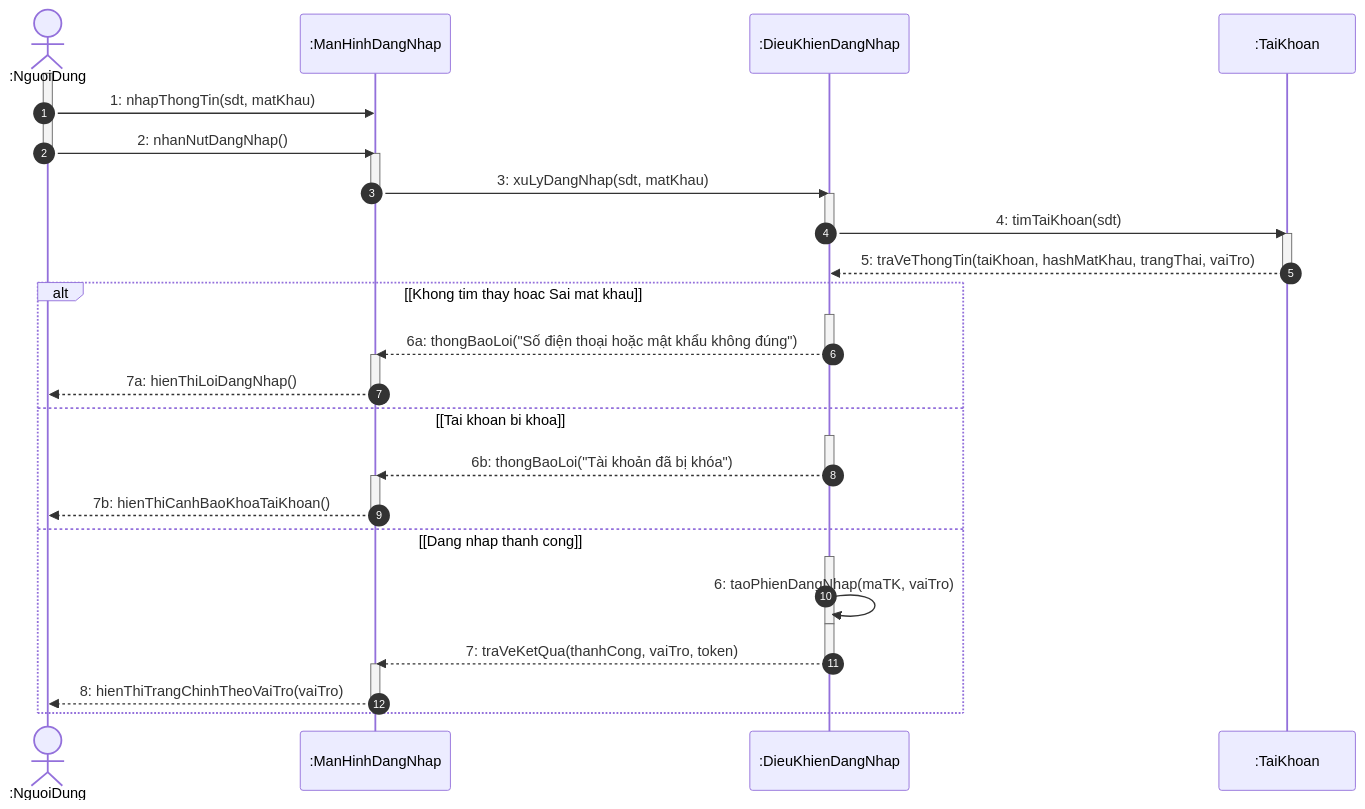
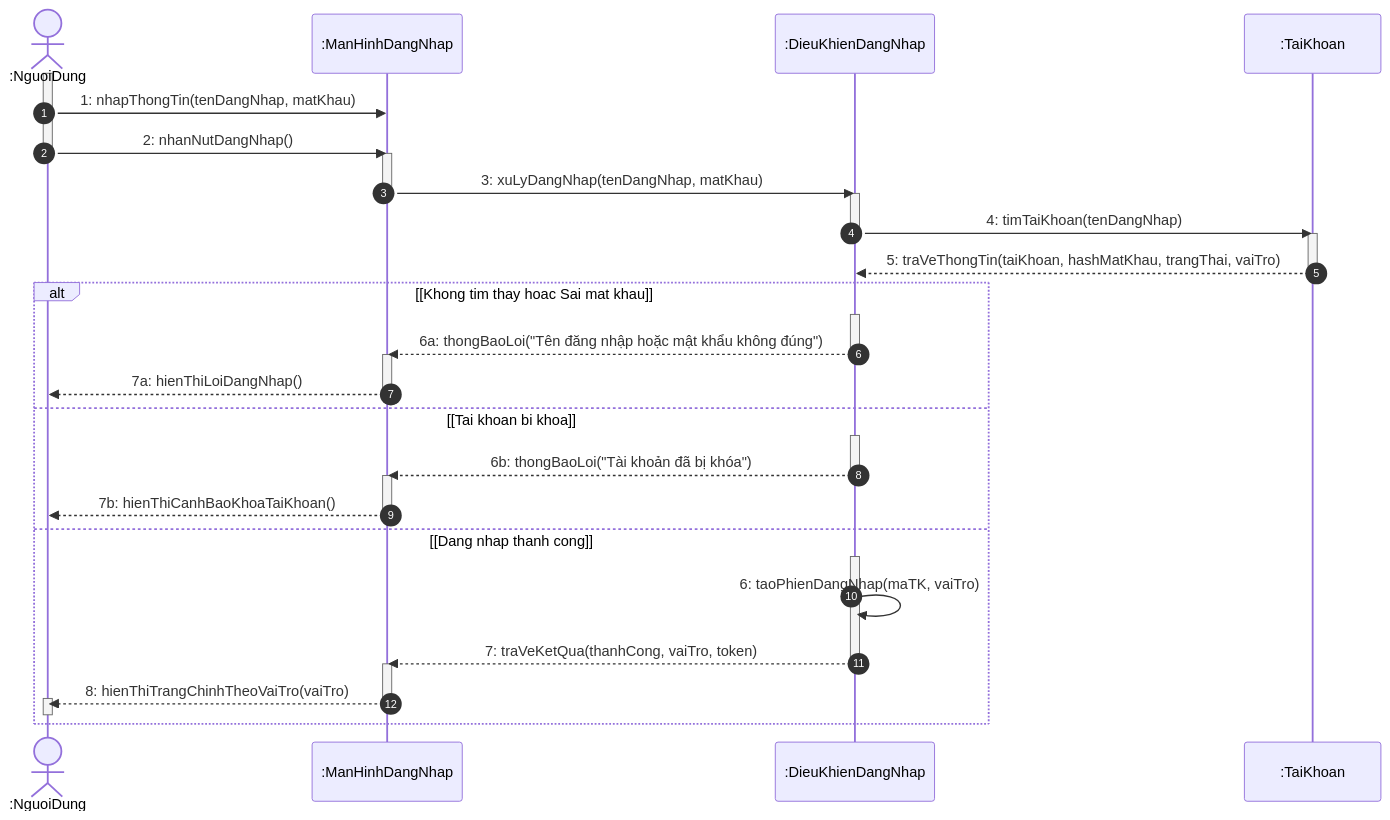
The sixth of 20 diagrams in docs/sequence/Sequence_diagram.md (Longcodepro/Project_OOAD_HK1_2026-2027), drawn with Mermaid before and after one commit. The commit also changed other lines of this file, not shown here.

Commit message:
Add 2.18 (UC18) in sequence diagram

````diff
--- a/docs/sequence/Sequence_diagram.md
+++ b/docs/sequence/Sequence_diagram.md
@@ -515,51 +506,49 @@
 ```mermaid
 sequenceDiagram
     autonumber
     actor ND as :NguoiDung
     participant MH_DN as :ManHinhDangNhap
     participant DK_DN as :DieuKhienDangNhap
     participant TK as :TaiKhoan
 
     activate ND
-    ND ->> MH_DN: 1: nhapThongTin(sdt, matKhau)
-    deactivate ND
-    activate ND
+    ND ->> MH_DN: 1: nhapThongTin(tenDangNhap, matKhau)
     ND ->> MH_DN: 2: nhanNutDangNhap()
     deactivate ND
     activate MH_DN
-    MH_DN ->> DK_DN: 3: xuLyDangNhap(sdt, matKhau)
+    MH_DN ->> DK_DN: 3: xuLyDangNhap(tenDangNhap, matKhau)
     deactivate MH_DN
 
     activate DK_DN
-    DK_DN ->> TK: 4: timTaiKhoan(sdt)
+    DK_DN ->> TK: 4: timTaiKhoan(tenDangNhap)
     deactivate DK_DN
     activate TK
     TK -->> DK_DN: 5: traVeThongTin(taiKhoan, hashMatKhau, trangThai, vaiTro)
     deactivate TK
 
     alt [Khong tim thay hoac Sai mat khau]
         activate DK_DN
-        DK_DN -->> MH_DN: 6a: thongBaoLoi("Số điện thoại hoặc mật khẩu không đúng")
+        DK_DN -->> MH_DN: 6a: thongBaoLoi("Tên đăng nhập hoặc mật khẩu không đúng")
         deactivate DK_DN
         activate MH_DN
         MH_DN -->> ND: 7a: hienThiLoiDangNhap()
         deactivate MH_DN
     else [Tai khoan bi khoa]
         activate DK_DN
         DK_DN -->> MH_DN: 6b: thongBaoLoi("Tài khoản đã bị khóa")
         deactivate DK_DN
         activate MH_DN
         MH_DN -->> ND: 7b: hienThiCanhBaoKhoaTaiKhoan()
         deactivate MH_DN
     else [Dang nhap thanh cong]
         activate DK_DN
         DK_DN ->> DK_DN: 6: taoPhienDangNhap(maTK, vaiTro)
-        deactivate DK_DN
-        activate DK_DN
         DK_DN -->> MH_DN: 7: traVeKetQua(thanhCong, vaiTro, token)
         deactivate DK_DN
         activate MH_DN
         MH_DN -->> ND: 8: hienThiTrangChinhTheoVaiTro(vaiTro)
         deactivate MH_DN
+        activate ND
+        deactivate ND
     end
 ```
````
